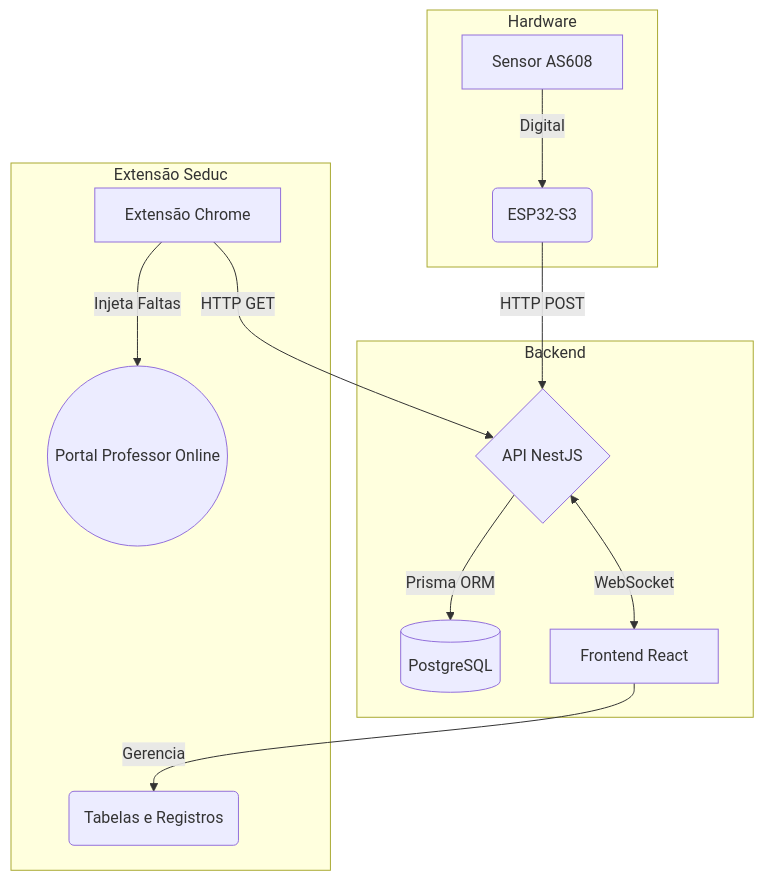
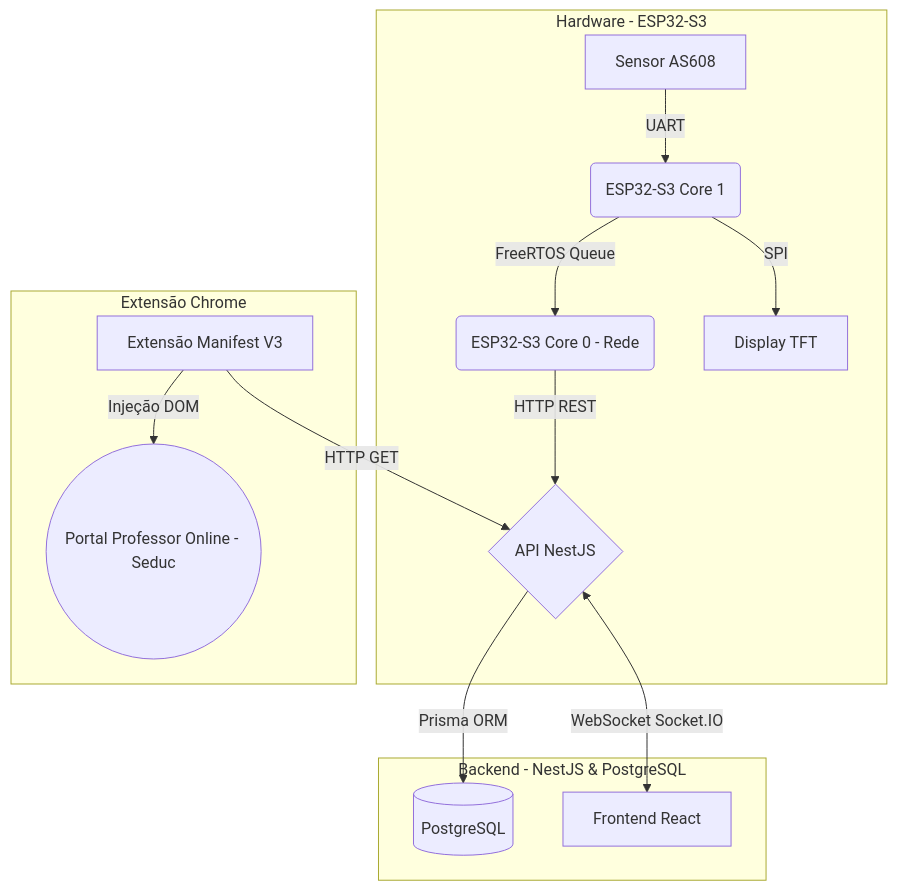
The diagram in README.md (Yurif-s/BiometriaAFS), drawn with Mermaid before and after one commit. The commit also changed other lines of this file, not shown here.

````diff
--- a/README.md
+++ b/README.md
@@ -65,18 +64,19 @@
 ```mermaid
 graph TD
-    subgraph Hardware
-        A[Sensor AS608] -->|Digital| B(ESP32-S3)
+    subgraph Hardware [Hardware - ESP32-S3]
+        A[Sensor AS608] -->|UART| B(ESP32-S3 Core 1)
+        B -->|FreeRTOS Queue| C(ESP32-S3 Core 0 - Rede)
+        C -->|HTTP REST| D{API NestJS}
+        B -->|SPI| T[Display TFT]
     end
     
-    subgraph Backend
-        B -->|HTTP POST| C{API NestJS}
-        C -->|Prisma ORM| D[(PostgreSQL)]
-        C <-->|WebSocket| E[Frontend React]
+    subgraph Backend [Backend - NestJS & PostgreSQL]
+        D -->|Prisma ORM| E[(PostgreSQL)]
+        D <-->|WebSocket Socket.IO| F[Frontend React]
     end
     
-    subgraph Extensão Seduc
-        E -->|Gerencia| F(Tabelas e Registros)
-        G[Extensão Chrome] -->|HTTP GET| C
-        G -->|Injeta Faltas| H((Portal Professor Online))
+    subgraph Extensao [Extensão Chrome]
+        G[Extensão Manifest V3] -->|HTTP GET| D
+        G -->|Injeção DOM| H((Portal Professor Online - Seduc))
     end
 ```
````
